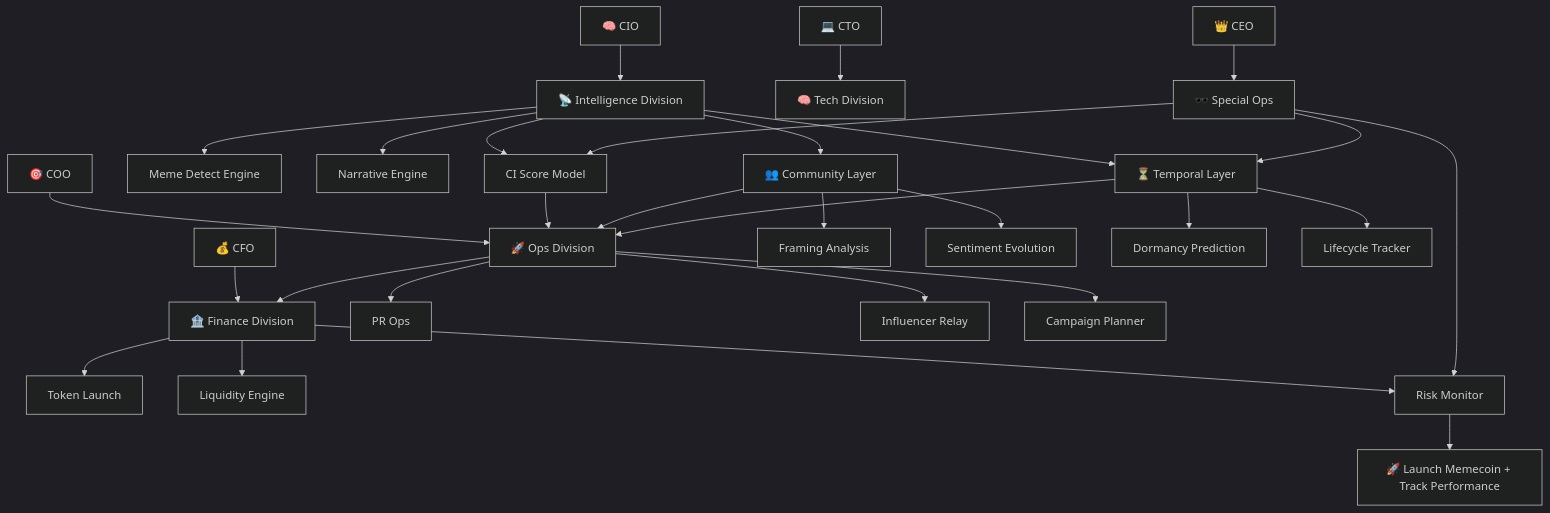
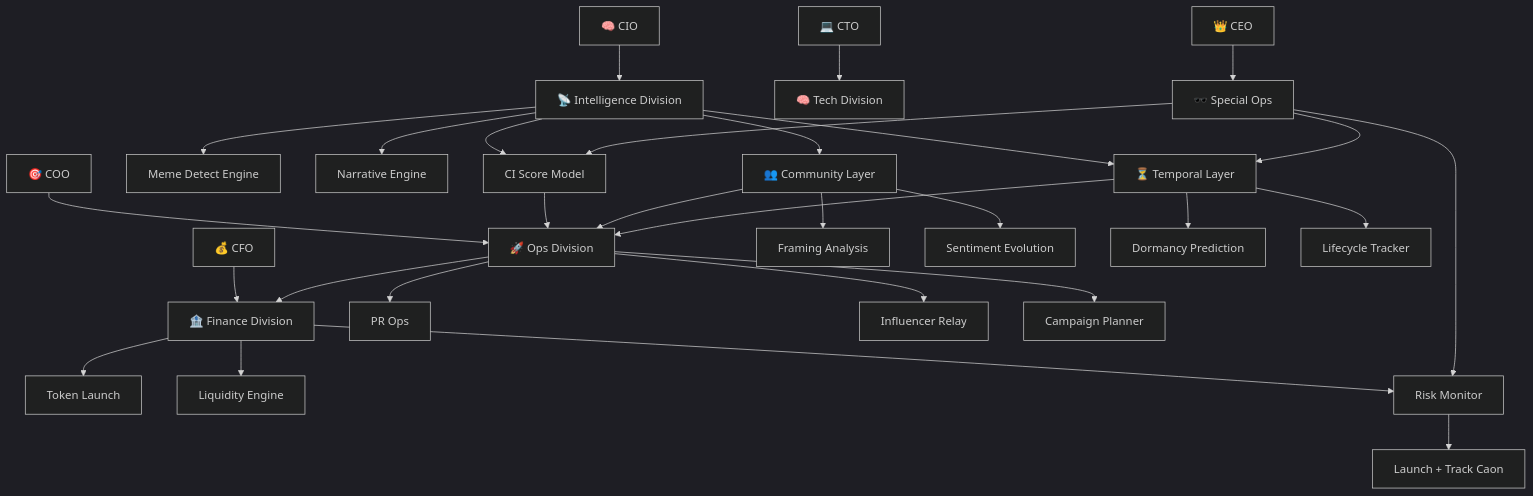
One commit to Latticeworks1/meme-syndicate changed the first of 7 diagrams in README.md. Above: the diagram before and after it, drawn with Mermaid (dark theme).

````diff
--- a/README.md
+++ b/README.md
@@ -6,47 +6,47 @@
 ```mermaid
 flowchart TD
     %% Executive Core
     CEO[👑 CEO]
     CIO[🧠 CIO] --> ID[📡 Intelligence Division]
     COO[🎯 COO] --> OD[🚀 Ops Division]
     CTO[💻 CTO] --> TD[🧠 Tech Division]
     CFO[💰 CFO] --> FD[🏦 Finance Division]
     CEO --> SU[🕶️ Special Ops]
 
     %% Intelligence Flow
     ID --> ID1[Meme Detect Engine]
     ID --> ID2[Narrative Engine]
     ID --> ID3[CI Score Model]
 
     %% Flow to Community Analysis
     ID --> COMM[👥 Community Layer]
     COMM --> FRAME[Framing Analysis]
     COMM --> SENTI[Sentiment Evolution]
 
     %% Temporal Feed
     ID --> TEMP[⏳ Temporal Layer]
     TEMP --> DORMANT[Dormancy Prediction]
     TEMP --> LIFECYCLE[Lifecycle Tracker]
 
     %% Flow to PR Ops
     ID3 --> OD
     COMM --> OD
     TEMP --> OD
     OD --> OD1[PR Ops]
     OD --> OD2[Influencer Relay]
     OD --> OD3[Campaign Planner]
 
     %% PR Feeds Tokenization
     OD --> FD
     FD --> FD1[Token Launch]
     FD --> FD2[Liquidity Engine]
     FD --> FD3[Risk Monitor]
 
     %% Special Ops Cross-Division Support
     SU --> ID3
     SU --> TEMP
     SU --> FD3
 
     %% Execution End
-    FD3 --> RESULT[🚀 Launch Memecoin + Track Performance]
+    FD3 --> RESULT[Launch + Track Caon]
 ```
````
